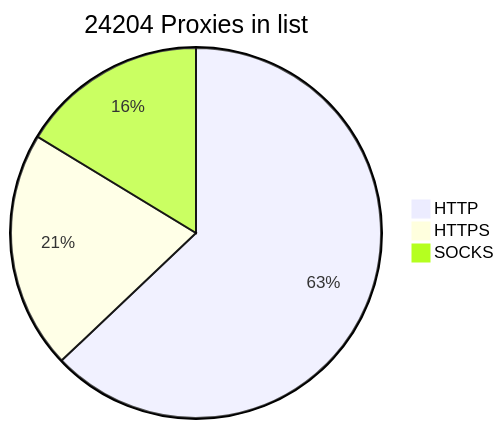
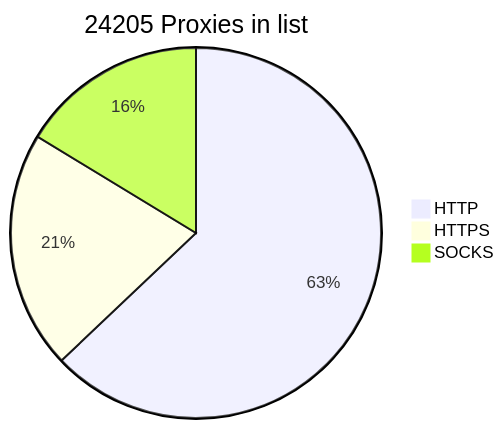
Before and after one commit to BlackSnowDot/proxylist-update-every-minute: the diagram in README.md, drawn with Mermaid.

````diff
--- a/README.md
+++ b/README.md
@@ -2,6 +2,6 @@
 ```mermaid
-pie title 24204 Proxies in list
-    "HTTP" : 17495
+pie title 24205 Proxies in list
+    "HTTP" : 17496
     "HTTPS": 5775
     "SOCKS" : 4536
 ```
````
